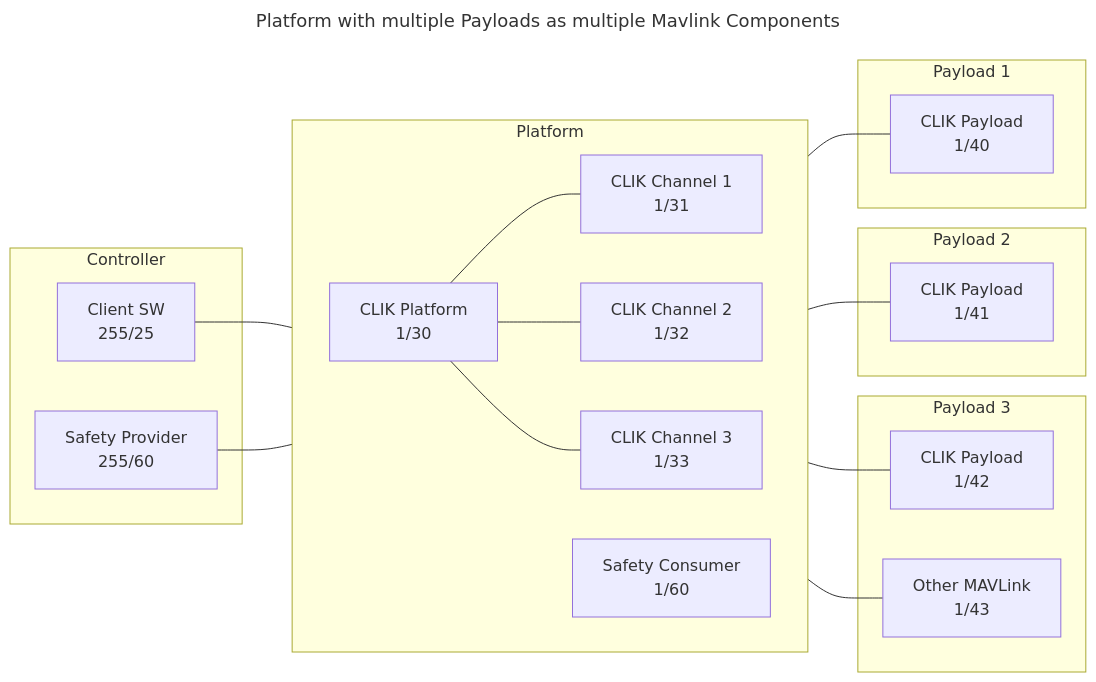
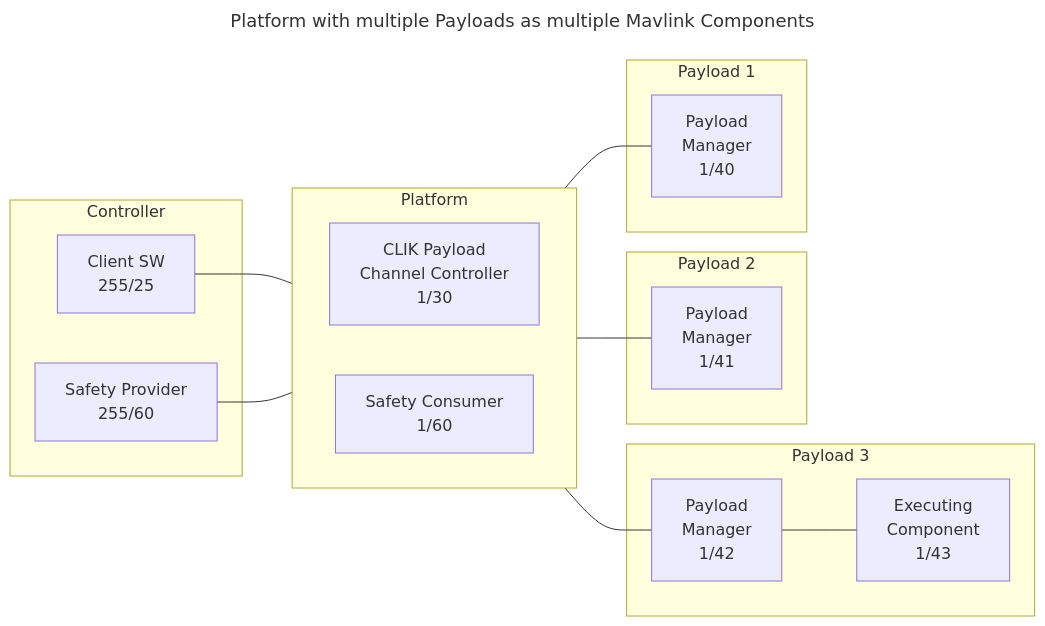
One commit to DEVCOM-Armaments-Center/mavlink-military changed the second of 4 diagrams in docs/en/services/clik.md. Above: the diagram before and after it, drawn with Mermaid. The commit also changed other lines of this file, not shown here.

Commit message:
docs(site): Update to Payload Manager and mavlink id setter

````diff
--- a/docs/en/services/clik.md
+++ b/docs/en/services/clik.md
@@ -81,34 +76,32 @@
 ```mermaid
 ---
 title: Platform with multiple Payloads as multiple Mavlink Components
 ---
 flowchart LR
   subgraph Controller
     USR["Client SW<br/>255/25"]
     SP["Safety Provider<br/>255/60"]
   end
   subgraph Platform
     direction LR
-    PI["CLIK Platform<br/>1/30"] --- CH1["CLIK Channel 1<br/>1/31"]
-    PI["CLIK Platform<br/>1/30"] --- CH2["CLIK Channel 2<br/>1/32"]
-    PI["CLIK Platform<br/>1/30"] --- CH3["CLIK Channel 3<br/>1/33"]
+    PI["CLIK Payload<br/>Channel Controller<br/>1/30"]
     SI["Safety Consumer<br/>1/60"]
   end
   subgraph PL3["Payload 3"]
-    C3["CLIK Payload<br/>1/42"]
-    C4["Other MAVLink<br/>1/43"]
+    C3["Payload<br/>Manager<br/>1/42"]
+    C4["Executing<br/>Component<br/>1/43"]
   end
   subgraph PL2["Payload 2"]
-    C2["CLIK Payload<br/>1/41"]
+    C2["Payload<br/>Manager<br/>1/41"]
   end
   subgraph PL1["Payload 1"]
-    C1["CLIK Payload<br/>1/40"]
+    C1["Payload<br/>Manager<br/>1/40"]
   end
 
   USR --- PI
   SP --- SI
-  CH1 --- C1
-  CH2 --- C2
-  CH3 --- C3
-  CH3 --- C4
+  PI --- C1
+  PI --- C2
+  PI --- C3
+  C3 --- C4
 ```
````
